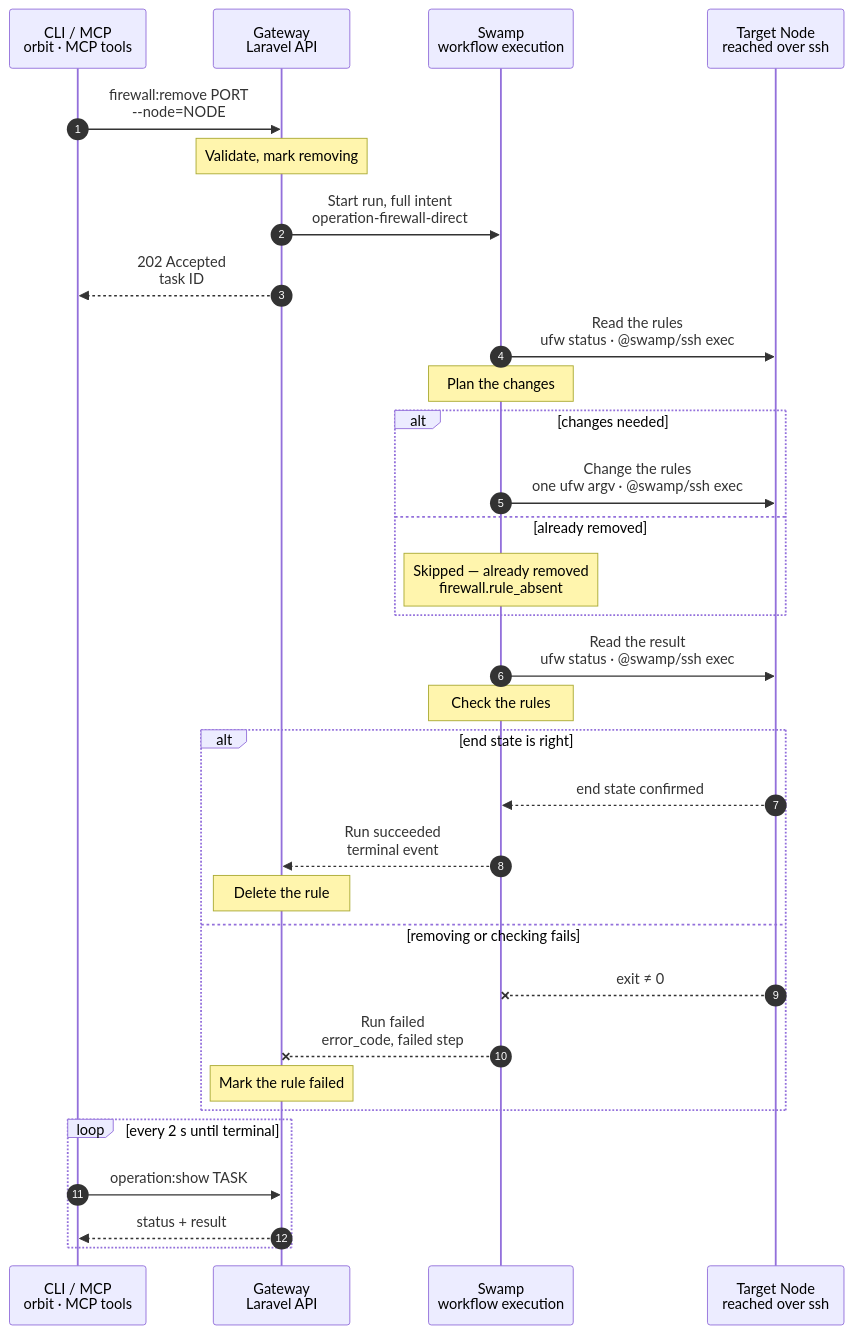
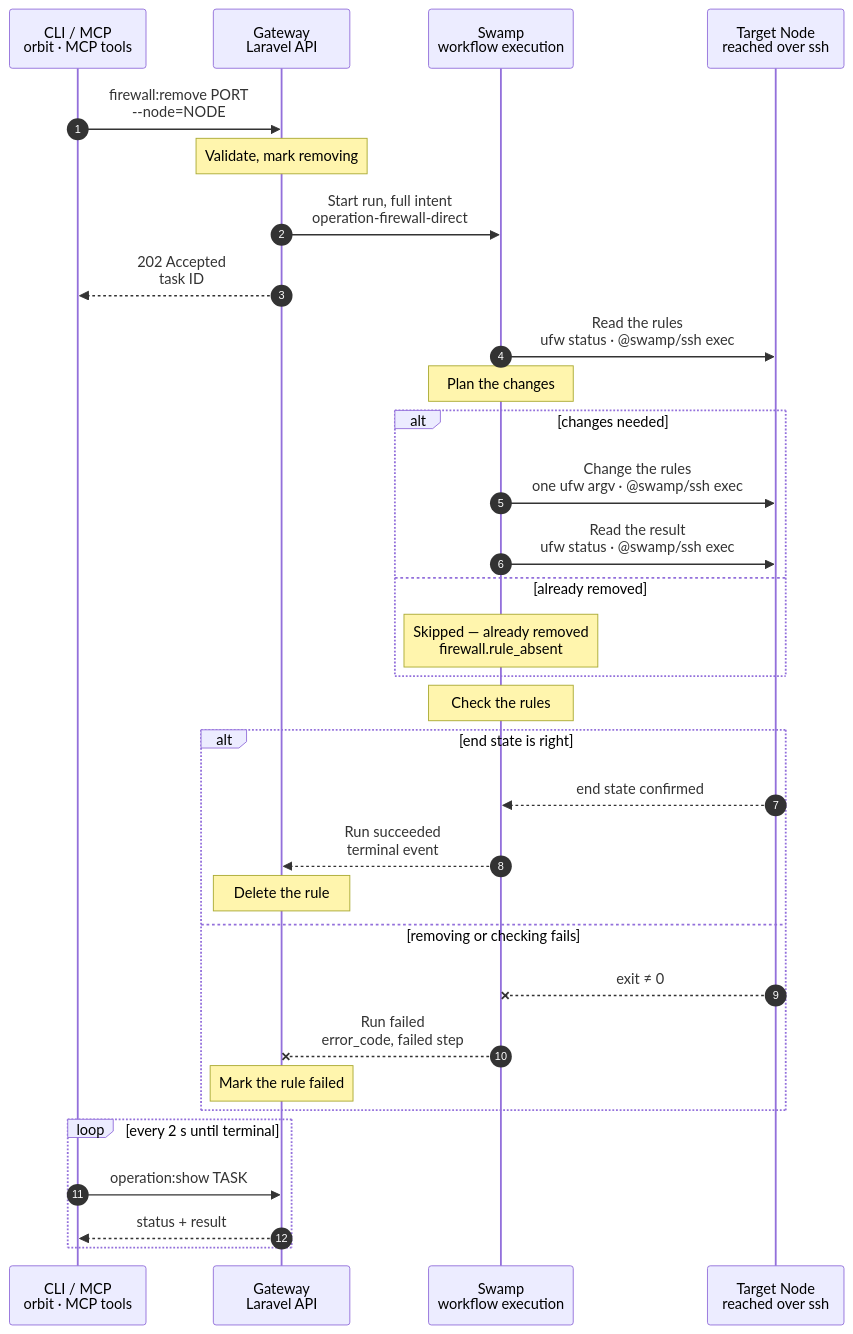
Before and after one commit to hardimpactdev/orbit: the diagram in docs/cli/firewall/remove.mmd, drawn with Mermaid. The commit also changed 5 other files, not shown here.

First line of the commit message:
fix(firewall): a plan without changes checks the first read and skips the second

```diff
--- a/docs/cli/firewall/remove.mmd
+++ b/docs/cli/firewall/remove.mmd
@@ -1,118 +1,120 @@
 sequenceDiagram
   %% Target design: ADR 0244 task, ADR 0241 allowlists, DECISIONS R1-R4 + 5 (process.stop shape, shared SSH identity). Same shape as firewall.allow.
   %% Tightened: flow-tighten 2026-11-03, rule 22 (no script: one ufw argv per change over @swamp/ssh exec; a typed step plans positions, Lab #4334).
   %% status: reviewed
   %% command: firewall:remove
   %% kind: firewall.remove
   autonumber
   %% lane CLI icon=terminal pill=caller tone=gray
   %% lane GW icon=gateway pill=intent tone=blue
   %% lane SW icon=workflow pill=executes tone=green
   %% lane N icon=server pill=target tone=amber
   participant CLI as CLI / MCP<br/>orbit · MCP tools
   participant GW as Gateway<br/>Laravel API
   participant SW as Swamp<br/>workflow execution
   participant N as Target Node<br/>reached over ssh
   CLI->>GW: firewall:remove PORT<br/>--node=NODE
   %%> Command:
   %%> - `orbit firewall:remove PORT --node=NODE`
   %%> - syntax: `<port> --node=ID [--from=SOURCE] [--protocol=tcp|udp]`
   %%> Input:
   %%> - the destination port or port range of the rule, and the Node
   %%> - optionally the source and the protocol, to pick one rule when several share the port
   %%> Confirmation:
   %%> - the CLI asks before removal; `--yes` confirms without a prompt
   %%> Who can call it:
   %%> - the `orbit` CLI and the MCP tool send the same request
   Note over GW: Validate, mark removing
   %%> Requirements:
   %%> - the calling Node has an access grant to the target Node
   %%> - the target is an active Linux Node
   %%> - exactly one rule on the target matches the port, source and protocol: none is `firewall.rule_not_found`, several is `firewall.rule_ambiguous` and lists each match
   %%> - no other firewall change runs on the target; the Gateway holds one lock per Node
   %%> Works out what to keep:
   %%> - a ufw line that another rule, or a rule Orbit itself needs, also uses stays on the Node
   %%> - only lines that belong to this rule alone are removed
   %%> Result:
   %%> - the rule is recorded as removing
   %%> - a task is recorded with the full intent
   %%> - nothing has happened on the Node yet
   GW->>SW: Start run, full intent<br/>operation-firewall-direct
   %%> What it does:
   %%> - starts one Swamp run
   %%> Inputs:
   %%> - the ufw lines to remove, and the lines that must stay
   %%> - the target's address and SSH host keys; the SSH identity comes from the `swamp` role
   GW-->>CLI: 202 Accepted<br/>task ID
   %%> What you get:
   %%> - the task ID, at once
   %%> Next:
   %%> - the CLI follows the task with `operation:show`
   SW->>N: Read the rules<br/>ufw status · @swamp/ssh exec
   %%> How:
   %%> - a Swamp worker reaches the target over SSH with the official `@swamp/ssh` behavior
   %%> - refuses an inactive firewall (`firewall.backend_inactive`) before any change
   Note over SW: Plan the changes
   %%> What it does:
   %%> - turns the rule into one ufw delete command per protocol and address family
   %%> - skips a line that is already gone and a line that must stay
   %%> - plans no changes when no line is left to delete
   %%> Why typed, not cfgmgmt:
   %%> - `@swamp/cfgmgmt/firewall` cannot name a port range
   alt changes needed
     SW->>N: Change the rules<br/>one ufw argv · @swamp/ssh exec
     %%> What it does:
     %%> - deletes each line that belongs to this rule alone; a line that is already gone is skipped
     %%> - a line that a role also needs (`retain`) stays
     %%> - runs the planned commands one at a time; nothing is copied to the Node
+    SW->>N: Read the result<br/>ufw status · @swamp/ssh exec
+    %%> Why:
+    %%> - the rule only counts as done when ufw shows it after the changes
   else already removed
     Note over SW: Skipped — already removed<br/>firewall.rule_absent
     %%> Result:
     %%> - the plan contains no changes
-    %%> - the final read and check still run before the task can succeed
+    %%> - there is no second read of ufw: the check runs on the first read, which nothing has changed since
   end
-  SW->>N: Read the result<br/>ufw status · @swamp/ssh exec
   Note over SW: Check the rules
   %%> What it does:
   %%> - checks every removed line is gone, and retained lines are still there
   %%> - prints the public result; a line that ufw changed in between fails the check, and a rerun repairs it
   %%> Why:
   %%> - the rule only counts as removed when ufw shows it
   alt end state is right
     N-->>SW: end state confirmed
     %%> Returns:
     %%> - the check passed
     SW-->>GW: Run succeeded<br/>terminal event
     %%> How the Gateway learns it:
     %%> - its shared run reader sees the terminal event; Swamp never calls the Gateway
     Note over GW: Delete the rule
     %%> Result:
     %%> - the rule record is deleted from the Gateway
     %%> - the task succeeds
     %%> - if no changes were needed, reports `Skipped — already removed (firewall.rule_absent)`
     %%> - the skip reason is part of the successful result in human and machine output, not an error
   else removing or checking fails
     N--xSW: exit ≠ 0
     %%> When:
     %%> - ufw refuses the change, SSH fails, or the end state is wrong
     SW--xGW: Run failed<br/>error_code, failed step
     %%> The Gateway reads:
     %%> - which step failed and its error code
     Note over GW: Mark the rule failed
     %%> Result:
     %%> - the rule stays, marked failed, so you can see it
     %%> - the task fails
     %%> On the Node:
     %%> - lines removed before the failure stay removed; there is no rollback
     %%> - that is safe: the rule stays marked failed, and a rerun skips lines that are already gone
     %%> Retry:
     %%> - run the same command again after fixing the cause; it is a new task
   end
   loop every 2 s until terminal
     CLI->>GW: operation:show TASK
     %%> What it does:
     %%> - asks for the task's status every 2 seconds until it has ended
     GW-->>CLI: status + result
     %%> Returns:
     %%> - the current status, and the result once the task has ended
   end
```
